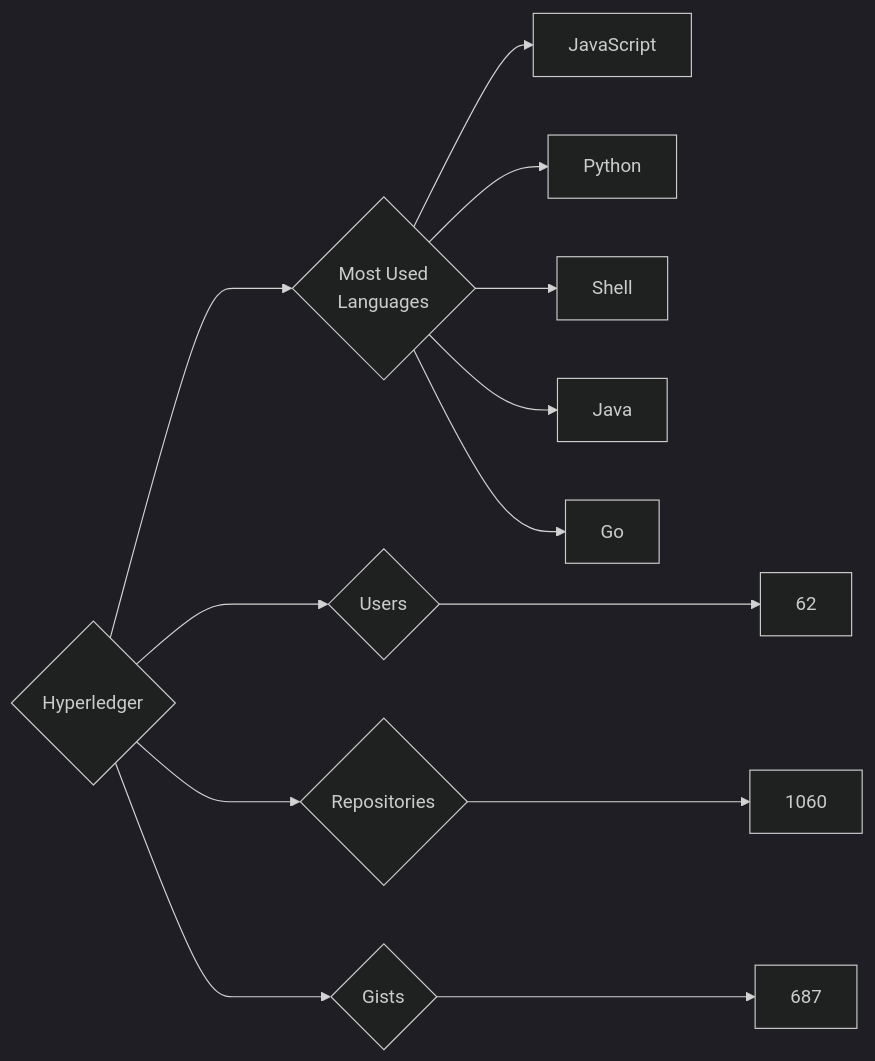
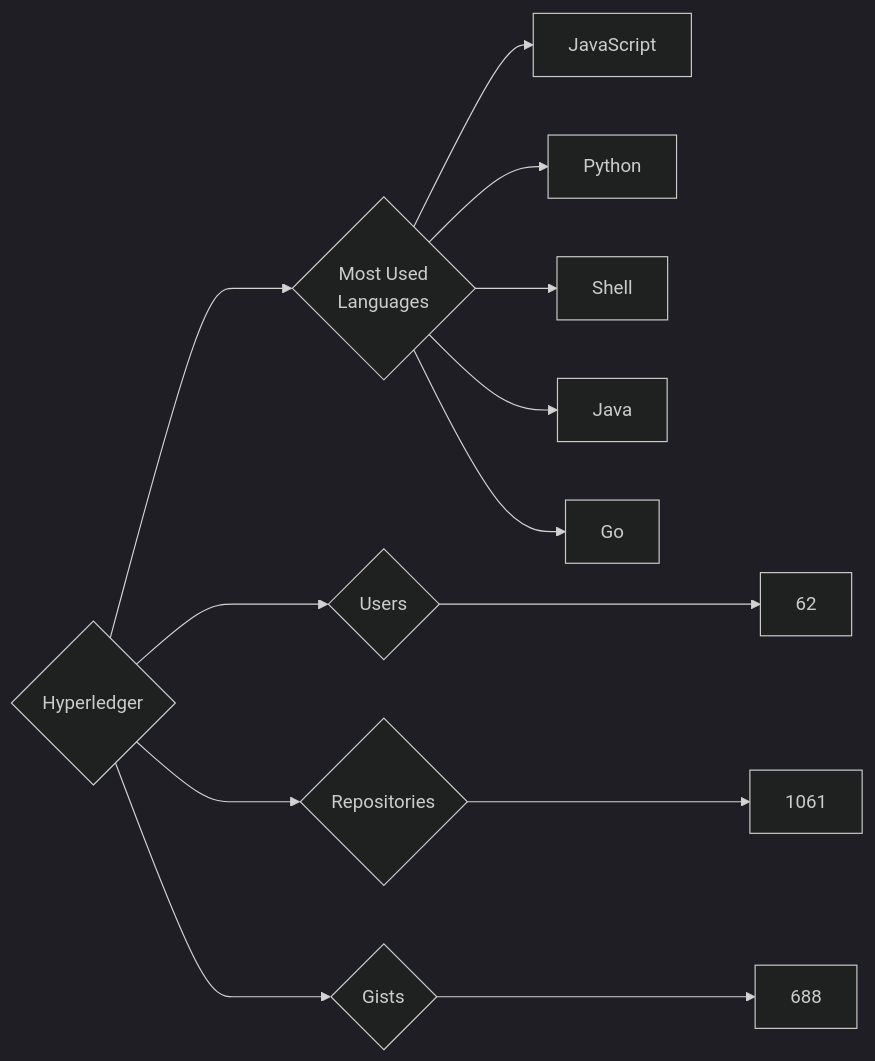
Before and after one commit to trickest/insiders: the diagram in targets/Hyperledger/README.md, drawn with Mermaid (dark theme). The commit also changed 786 other files, not shown here.

````diff
--- a/targets/Hyperledger/README.md
+++ b/targets/Hyperledger/README.md
@@ -3,13 +3,13 @@
 ```mermaid
 graph LR
 COMPANY_NAME{Hyperledger}
 COMPANY_NAME ---> U{Users} ---> UN[62]
-COMPANY_NAME ---> R{Repositories} ---> RN[1060]
-COMPANY_NAME ---> G{Gists} ---> GN[687]
+COMPANY_NAME ---> R{Repositories} ---> RN[1061]
+COMPANY_NAME ---> G{Gists} ---> GN[688]
 COMPANY_NAME ---> ML{Most Used<br>Languages}
 ML --> JavaScript[JavaScript]
 ML --> Python[Python]
 ML --> Shell[Shell]
 ML --> Java[Java]
 ML --> Go[Go]
 ```
````
